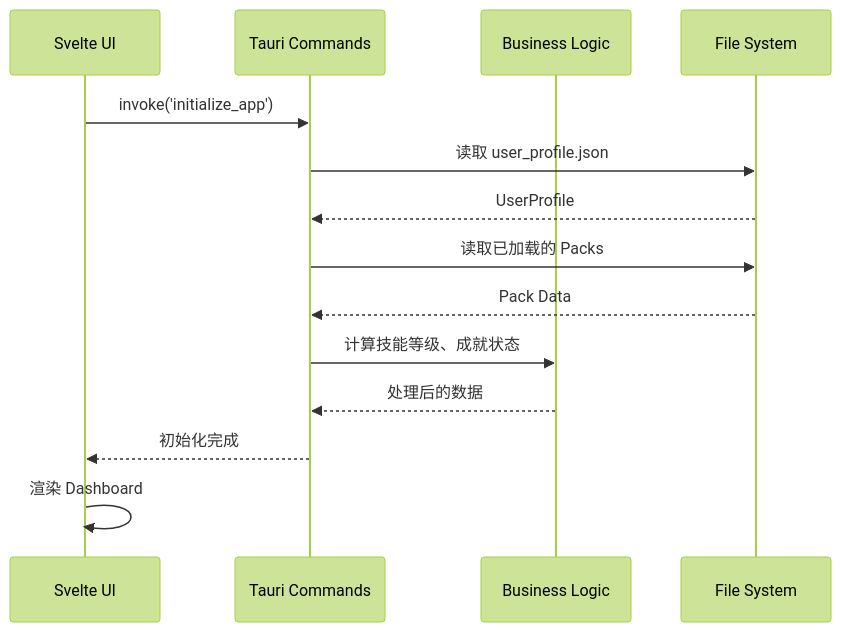
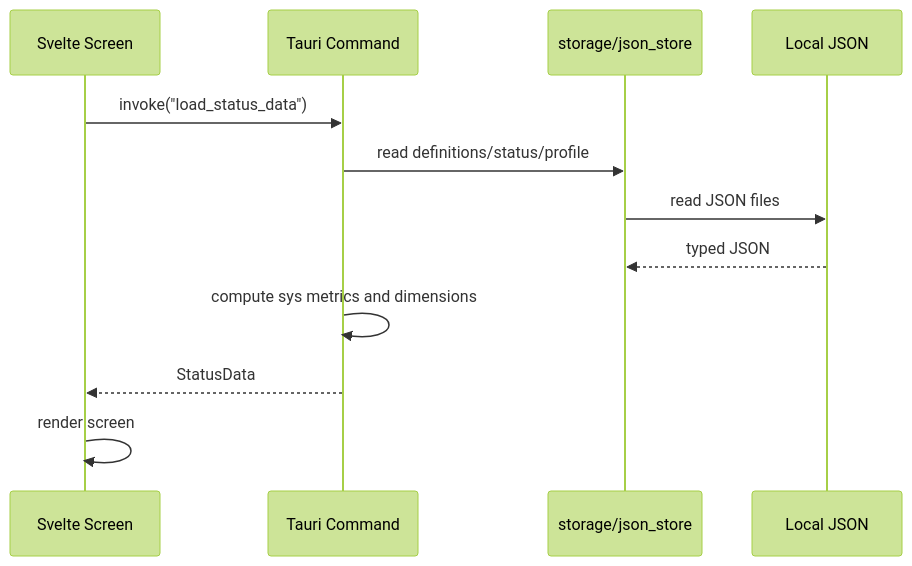
The second of 4 diagrams in docs/architecture.md (FollyCoolly/Arcana), drawn with Mermaid (forest theme) before and after one commit. The commit also changed other lines of this file and 4 other files, not shown here.

Commit message:
docs: update readme and architecture doc

````diff
--- a/docs/architecture.md
+++ b/docs/architecture.md
@@ -432,17 +345,15 @@
 ```mermaid
 sequenceDiagram
-    participant UI as Svelte UI
-    participant Tauri as Tauri Commands
-    participant BL as Business Logic
-    participant FS as File System
+    participant UI as Svelte Screen
+    participant IPC as Tauri Command
+    participant Storage as storage/json_store
+    participant Data as Local JSON
 
-    UI->>Tauri: invoke('initialize_app')
-    Tauri->>FS: 读取 user_profile.json
-    FS-->>Tauri: UserProfile
-    Tauri->>FS: 读取已加载的 Packs
-    FS-->>Tauri: Pack Data
-    Tauri->>BL: 计算技能等级、成就状态
-    BL-->>Tauri: 处理后的数据
-    Tauri-->>UI: 初始化完成
-    UI->>UI: 渲染 Dashboard
+    UI->>IPC: invoke("load_status_data")
+    IPC->>Storage: read definitions/status/profile
+    Storage->>Data: read JSON files
+    Data-->>Storage: typed JSON
+    IPC->>IPC: compute sys metrics and dimensions
+    IPC-->>UI: StatusData
+    UI->>UI: render screen
 ```
````
